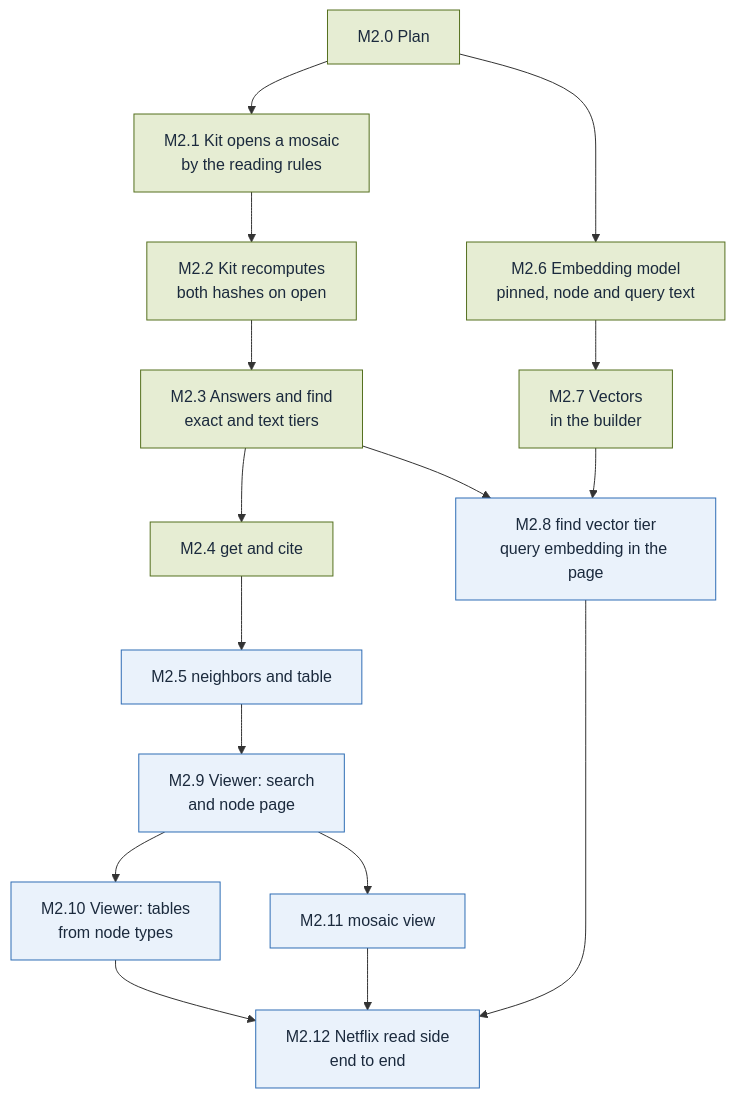
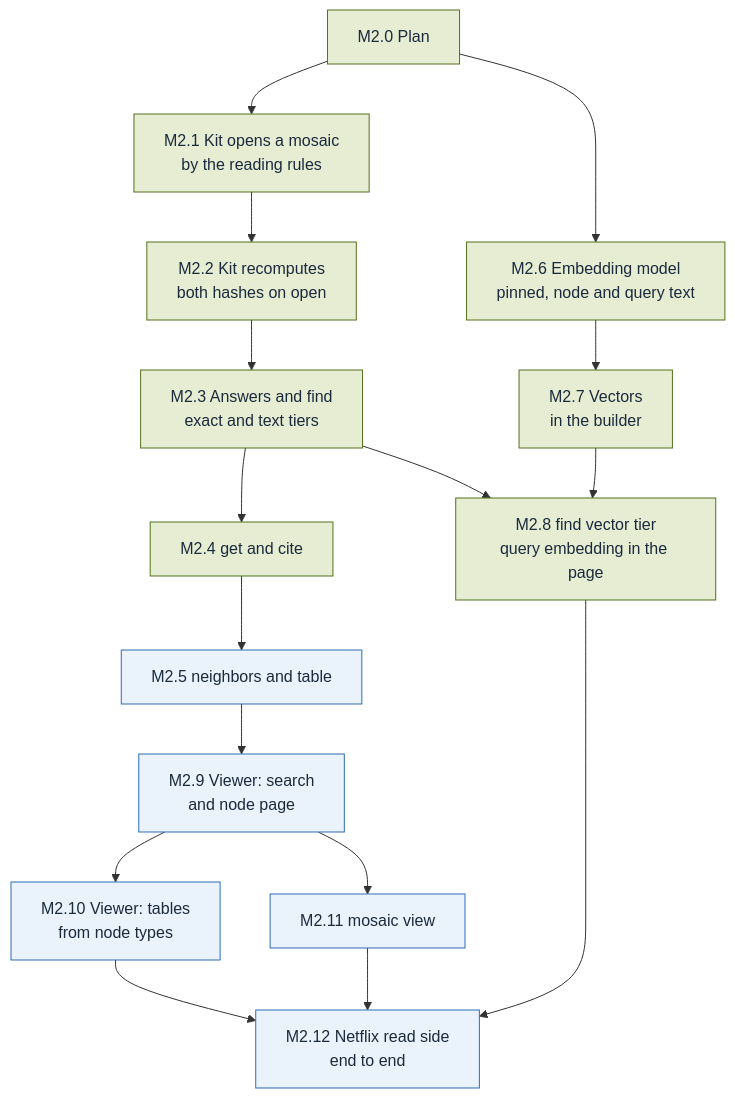
The diagram in plan/M2.md (alcjor/Mosaic), drawn with Mermaid before and after one commit. The commit also changed other lines of this file and 21 other files, not shown here.

````diff
--- a/plan/M2.md
+++ b/plan/M2.md
@@ -3,36 +3,36 @@
 ```mermaid
 flowchart TD
   M2_0["M2.0 Plan"]
   M2_1["M2.1 Kit opens a mosaic<br/>by the reading rules"]
   M2_2["M2.2 Kit recomputes<br/>both hashes on open"]
   M2_3["M2.3 Answers and find<br/>exact and text tiers"]
   M2_4["M2.4 get and cite"]
   M2_5["M2.5 neighbors and table"]
   M2_6["M2.6 Embedding model<br/>pinned, node and query text"]
   M2_7["M2.7 Vectors<br/>in the builder"]
   M2_8["M2.8 find vector tier<br/>query embedding in the page"]
   M2_9["M2.9 Viewer: search<br/>and node page"]
   M2_10["M2.10 Viewer: tables<br/>from node types"]
   M2_11["M2.11 mosaic view"]
   M2_12["M2.12 Netflix read side<br/>end to end"]
   M2_0 --> M2_1
   M2_1 --> M2_2
   M2_2 --> M2_3
   M2_3 --> M2_4
   M2_4 --> M2_5
   M2_0 --> M2_6
   M2_6 --> M2_7
   M2_3 --> M2_8
   M2_7 --> M2_8
   M2_5 --> M2_9
   M2_9 --> M2_10
   M2_9 --> M2_11
   M2_8 --> M2_12
   M2_10 --> M2_12
   M2_11 --> M2_12
   classDef done fill:#E6EDD3,stroke:#55701F,color:#1B2A3D
   classDef todo fill:#EAF2FB,stroke:#2F6DB5,color:#1B2A3D
   classDef parked fill:#FCEFCF,stroke:#F2B630,color:#1B2A3D
-  class M2_0,M2_1,M2_2,M2_3,M2_4,M2_6,M2_7 done
-  class M2_5,M2_8,M2_9,M2_10,M2_11,M2_12 todo
+  class M2_0,M2_1,M2_2,M2_3,M2_4,M2_6,M2_7,M2_8 done
+  class M2_5,M2_9,M2_10,M2_11,M2_12 todo
 ```
````
